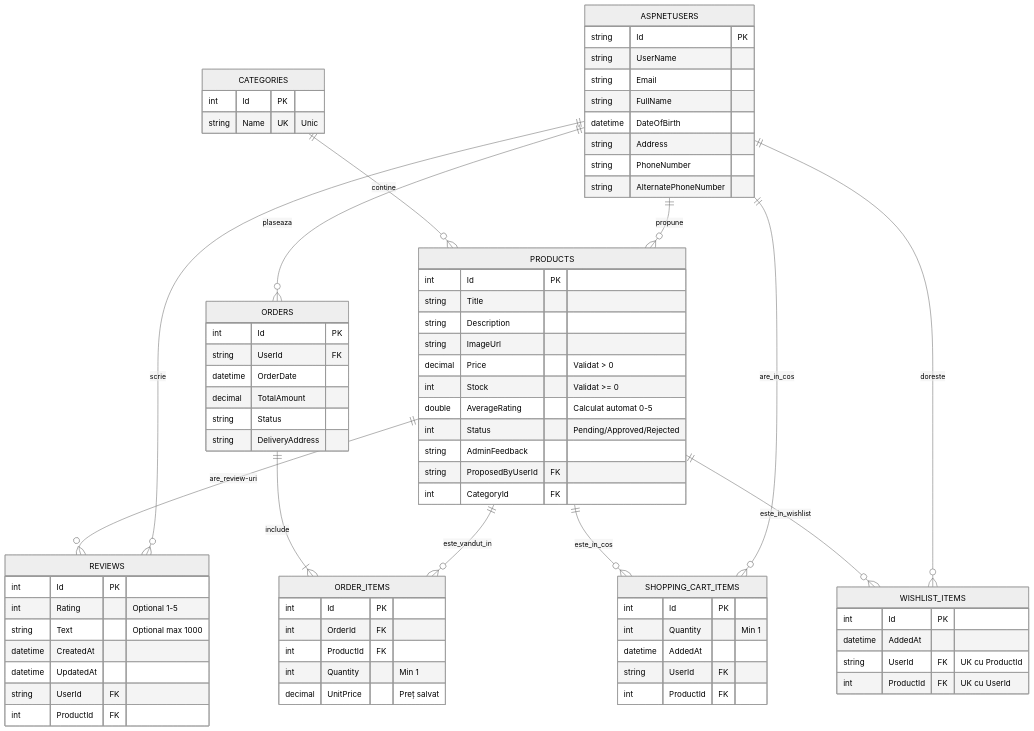
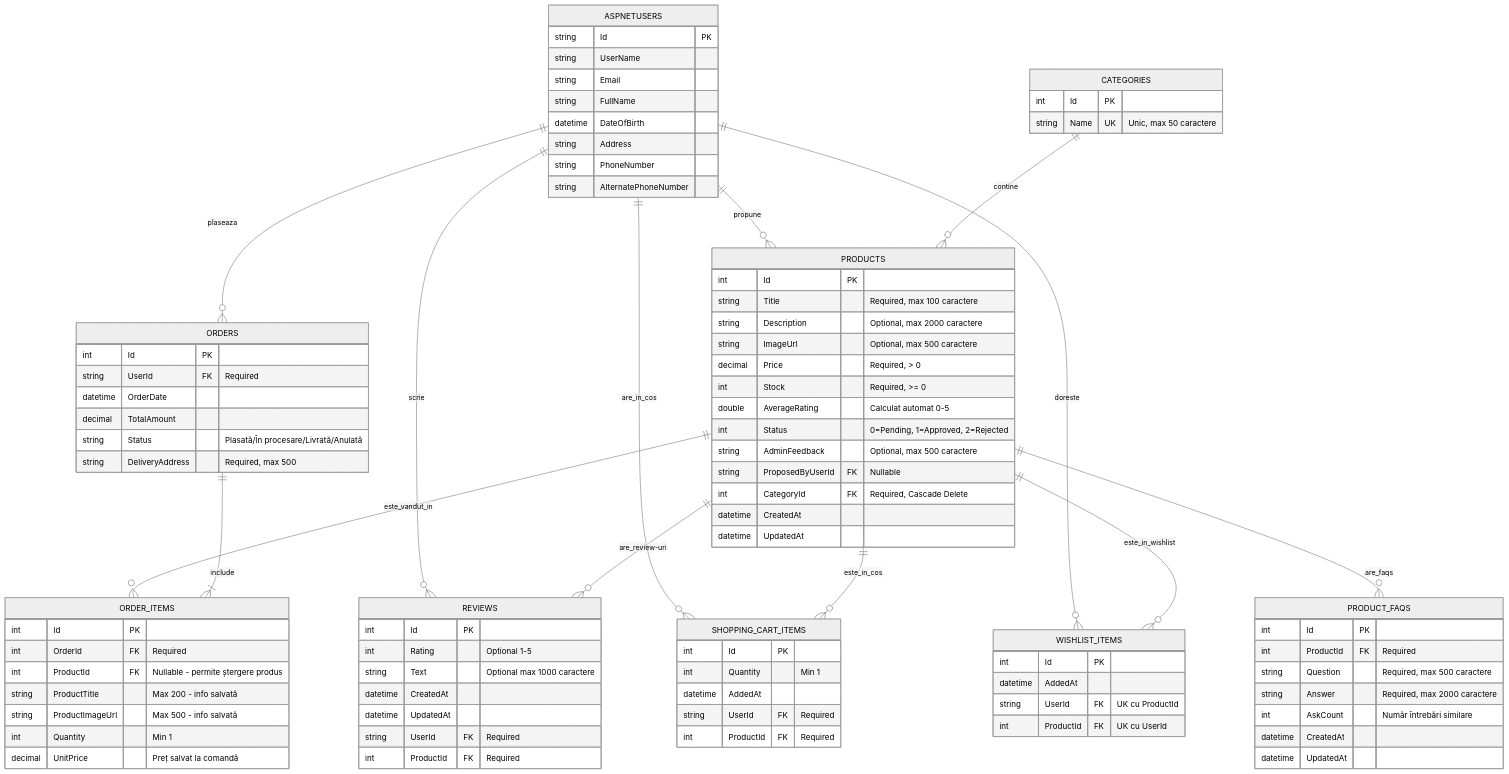
Before and after one commit to RobertJmek/ShopKeep: the diagram in README.md, drawn with Mermaid (neutral theme). The commit also changed other lines of this file and 51 other files, not shown here.

````diff
--- a/README.md
+++ b/README.md
@@ -18,6 +18,7 @@
     PRODUCTS ||--o{ SHOPPING_CART_ITEMS : "este_in_cos"
     PRODUCTS ||--o{ WISHLIST_ITEMS : "este_in_wishlist"
     PRODUCTS ||--o{ ORDER_ITEMS : "este_vandut_in"
+    PRODUCTS ||--o{ PRODUCT_FAQS : "are_faqs"
     
     ORDERS ||--|{ ORDER_ITEMS : "include"
 
@@ -34,39 +35,41 @@
 
     CATEGORIES {
         int Id PK
-        string Name UK "Unic"
+        string Name UK "Unic, max 50 caractere"
     }
 
     PRODUCTS {
         int Id PK
-        string Title
-        string Description
-        string ImageUrl
-        decimal Price "Validat > 0"
-        int Stock "Validat >= 0"
+        string Title "Required, max 100 caractere"
+        string Description "Optional, max 2000 caractere"
+        string ImageUrl "Optional, max 500 caractere"
+        decimal Price "Required, > 0"
+        int Stock "Required, >= 0"
         double AverageRating "Calculat automat 0-5"
-        int Status "Pending/Approved/Rejected"
-        string AdminFeedback
-        string ProposedByUserId FK
-        int CategoryId FK
+        int Status "0=Pending, 1=Approved, 2=Rejected"
+        string AdminFeedback "Optional, max 500 caractere"
+        string ProposedByUserId FK "Nullable"
+        int CategoryId FK "Required, Cascade Delete"
+        datetime CreatedAt
+        datetime UpdatedAt
     }
 
     REVIEWS {
         int Id PK
         int Rating "Optional 1-5"
-        string Text "Optional max 1000"
+        string Text "Optional max 1000 caractere"
         datetime CreatedAt
         datetime UpdatedAt
-        string UserId FK
-        int ProductId FK
+        string UserId FK "Required"
+        int ProductId FK "Required"
     }
 
     SHOPPING_CART_ITEMS {
         int Id PK
         int Quantity "Min 1"
         datetime AddedAt
-        string UserId FK
-        int ProductId FK
+        string UserId FK "Required"
+        int ProductId FK "Required"
     }
 
     WISHLIST_ITEMS {
@@ -78,18 +81,30 @@
 
     ORDERS {
         int Id PK
-        string UserId FK
+        string UserId FK "Required"
         datetime OrderDate
         decimal TotalAmount
-        string Status
-        string DeliveryAddress
+        string Status "Plasată/În procesare/Livrată/Anulată"
+        string DeliveryAddress "Required, max 500"
     }
 
     ORDER_ITEMS {
         int Id PK
-        int OrderId FK
-        int ProductId FK
+        int OrderId FK "Required"
+        int ProductId FK "Nullable - permite ștergere produs"
+        string ProductTitle "Max 200 - info salvată"
+        string ProductImageUrl "Max 500 - info salvată"
         int Quantity "Min 1"
-        decimal UnitPrice "Preț salvat"
+        decimal UnitPrice "Preț salvat la comandă"
+    }
+
+    PRODUCT_FAQS {
+        int Id PK
+        int ProductId FK "Required"
+        string Question "Required, max 500 caractere"
+        string Answer "Required, max 2000 caractere"
+        int AskCount "Număr întrebări similare"
+        datetime CreatedAt
+        datetime UpdatedAt
     }
 ```
````
